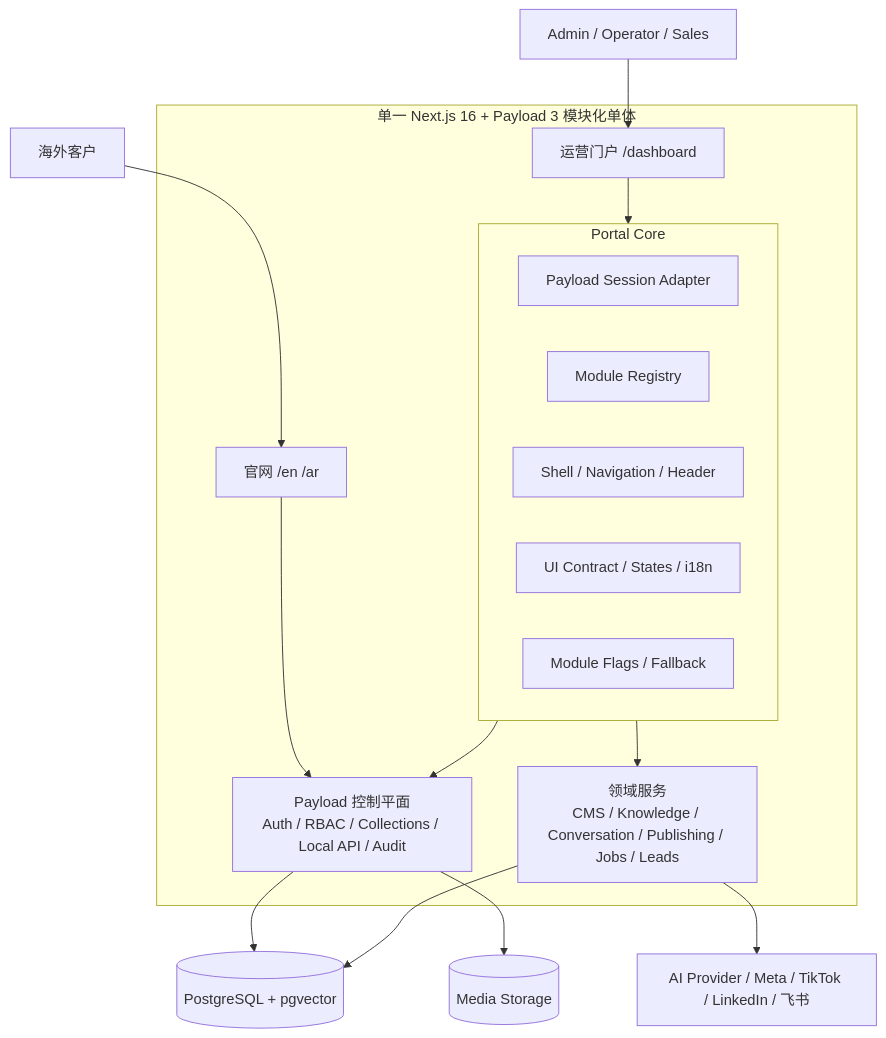
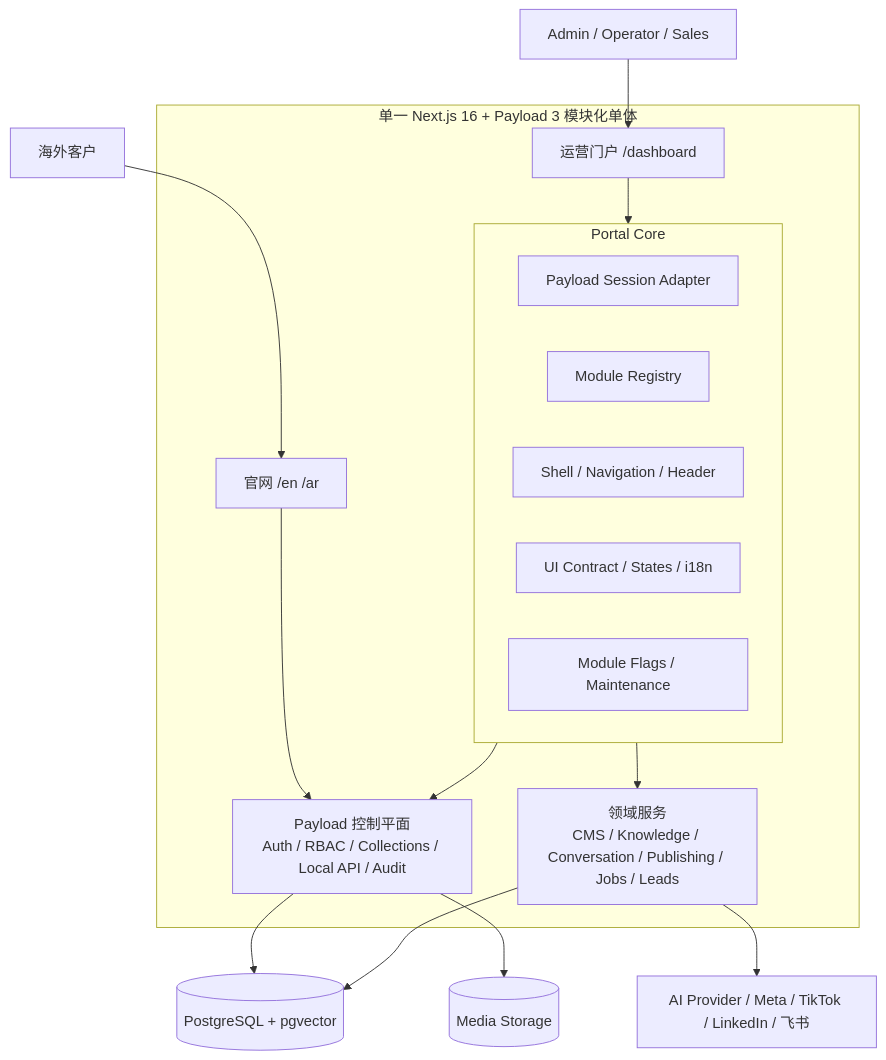
One commit to jueyunai/ivybm changed the first of 4 diagrams in docs/architecture/管理后台现代化UI重构与双轨架构规划.md. Above: the diagram before and after it, drawn with Mermaid. The commit also changed other lines of this file and 46 other files, not shown here.

````diff
--- a/docs/architecture/管理后台现代化UI重构与双轨架构规划.md
+++ b/docs/architecture/管理后台现代化UI重构与双轨架构规划.md
@@ -55,36 +55,36 @@
 ```mermaid
 flowchart TB
     STAFF["Admin / Operator / Sales"]
     VISITOR["海外客户"]
 
     subgraph RUNTIME["单一 Next.js 16 + Payload 3 模块化单体"]
         SITE["官网 /en /ar"]
         PORTAL["运营门户 /dashboard"]
 
         subgraph PORTALCORE["Portal Core"]
             AUTH["Payload Session Adapter"]
             REG["Module Registry"]
             SHELL["Shell / Navigation / Header"]
             UIC["UI Contract / States / i18n"]
-            FLAGS["Module Flags / Fallback"]
+            FLAGS["Module Flags / Maintenance"]
         end
 
         PAYLOAD["Payload 控制平面\nAuth / RBAC / Collections / Local API / Audit"]
         DOMAINS["领域服务\nCMS / Knowledge / Conversation / Publishing / Jobs / Leads"]
     end
 
     DATA[("PostgreSQL + pgvector")]
     FILES[("Media Storage")]
     THIRD["AI Provider / Meta / TikTok / LinkedIn / 飞书"]
 
     STAFF --> PORTAL
     VISITOR --> SITE
     PORTAL --> PORTALCORE
     PORTALCORE --> PAYLOAD
     PORTALCORE --> DOMAINS
     SITE --> PAYLOAD
     PAYLOAD --> DATA
     PAYLOAD --> FILES
     DOMAINS --> DATA
     DOMAINS --> THIRD
 ```
````
